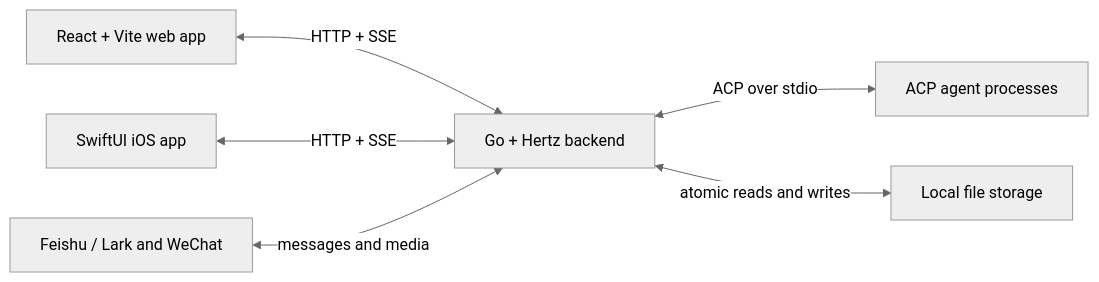
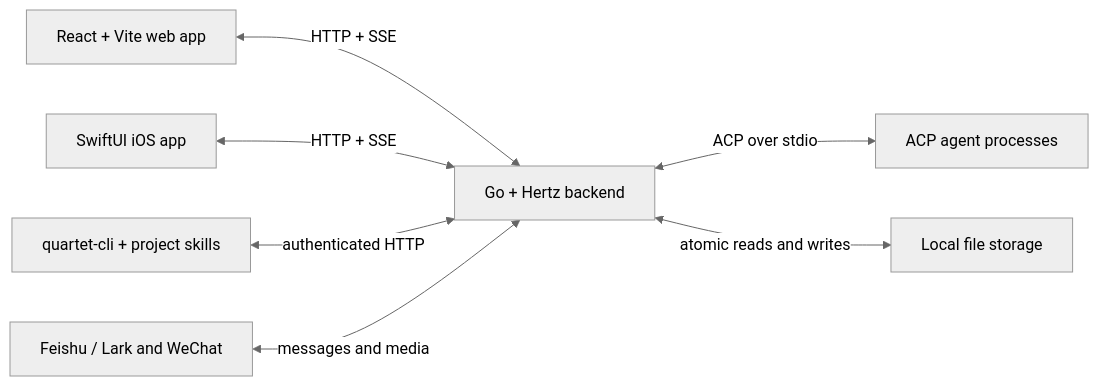
One commit to fanlv/quartet changed the diagram in README.md. Above: the diagram before and after it, drawn with Mermaid (neutral theme). The commit also changed other lines of this file and 13 other files, not shown here.

````diff
--- a/README.md
+++ b/README.md
@@ -406,15 +436,17 @@
 ```mermaid
 flowchart LR
     UI["React + Vite web app"]
     IOS["SwiftUI iOS app"]
+    CLI["quartet-cli + project skills"]
     API["Go + Hertz backend"]
     ACP["ACP agent processes"]
     DATA["Local file storage"]
     IM["Feishu / Lark and WeChat"]
 
     UI <-->|HTTP + SSE| API
     IOS <-->|HTTP + SSE| API
+    CLI <-->|authenticated HTTP| API
     API <-->|ACP over stdio| ACP
     API <-->|atomic reads and writes| DATA
     IM <-->|messages and media| API
 ```
````
